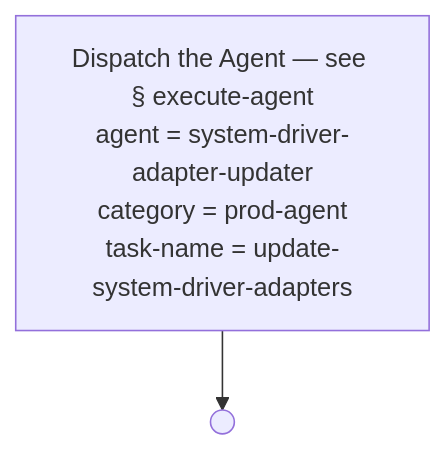
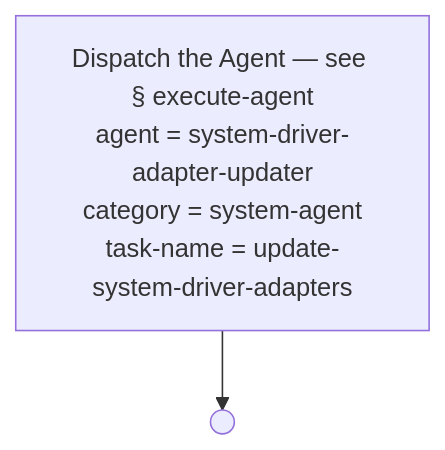
One commit to optivem/gh-optivem changed diagram 53 of 54 in docs/process-diagram.md. Above: the diagram before and after it, drawn with Mermaid. The commit also changed other lines of this file and 12 other files, not shown here.

Commit message:
atdd: regenerate process-flow diagram

````diff
--- a/docs/process-diagram.md
+++ b/docs/process-diagram.md
@@ -1015,7 +1015,7 @@
 ```mermaid
 flowchart TD
-    EXECUTE_AGENT["Dispatch the Agent — see § execute-agent<br/>agent = system-driver-adapter-updater<br/>category = prod-agent<br/>task-name = update-system-driver-adapters"]
+    EXECUTE_AGENT["Dispatch the Agent — see § execute-agent<br/>agent = system-driver-adapter-updater<br/>category = system-agent<br/>task-name = update-system-driver-adapters"]
     UPDATE_SYS_DA_END(( ))
 
     EXECUTE_AGENT --> UPDATE_SYS_DA_END
 ```
````
